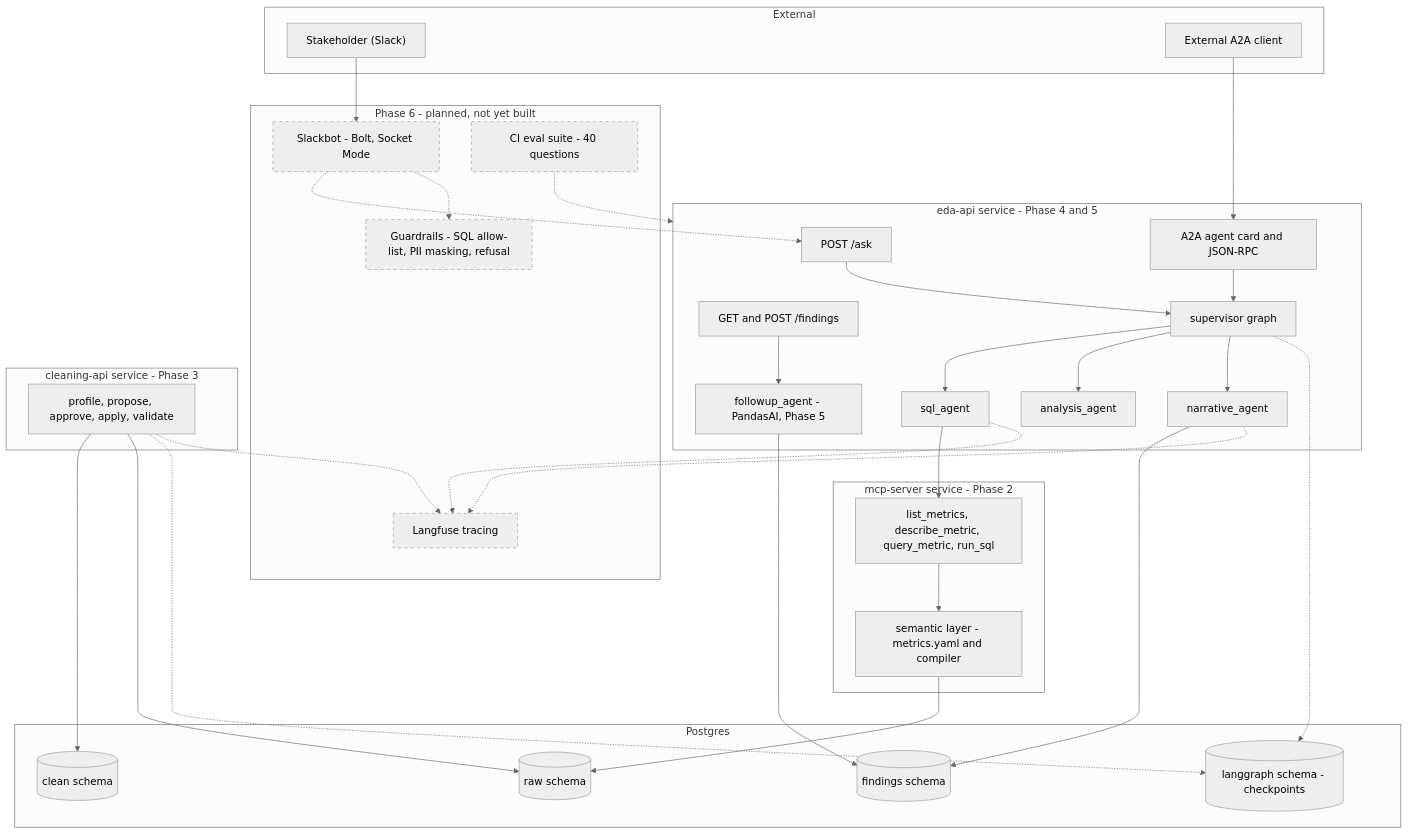
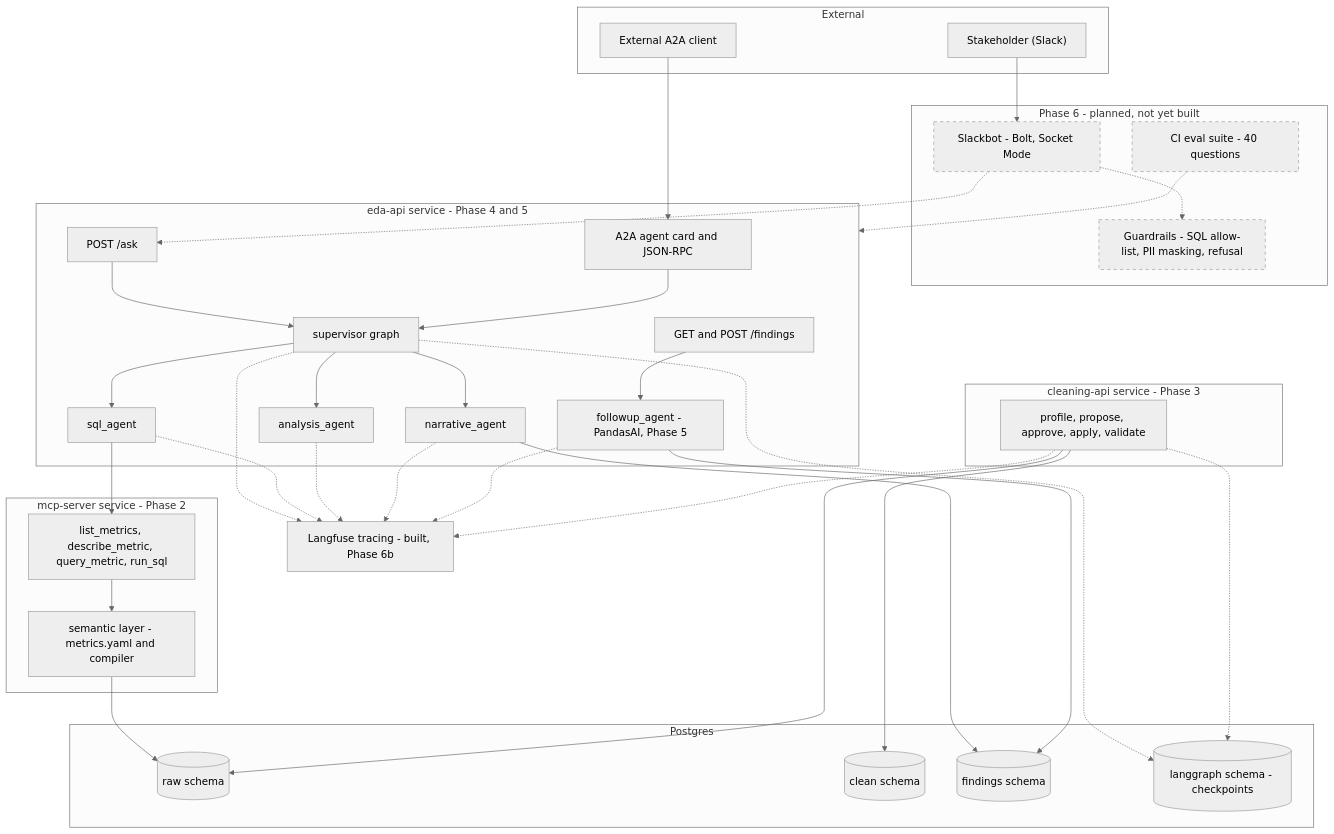
The diagram in docs/architecture.md (DrUkachi/talk-to-your-data), drawn with Mermaid (neutral theme) before and after one commit. The commit also changed other lines of this file and 16 other files, not shown here.

````diff
--- a/docs/architecture.md
+++ b/docs/architecture.md
@@ -14,68 +14,72 @@
 ```mermaid
 flowchart TB
     subgraph External
         User["Stakeholder (Slack)"]
         A2AClient["External A2A client"]
     end
 
     subgraph Phase6["Phase 6 - planned, not yet built"]
         Slackbot["Slackbot - Bolt, Socket Mode"]
-        Langfuse["Langfuse tracing"]
         CIEval["CI eval suite - 40 questions"]
         Guardrails["Guardrails - SQL allow-list, PII masking, refusal"]
     end
+
+    Langfuse["Langfuse tracing - built, Phase 6b"]
 
     subgraph EdaApi["eda-api service - Phase 4 and 5"]
         Ask["POST /ask"]
         A2ARoutes["A2A agent card and JSON-RPC"]
         FindingsRoutes["GET and POST /findings"]
         Supervisor["supervisor graph"]
         SqlAgent["sql_agent"]
         AnalysisAgent["analysis_agent"]
         NarrativeAgent["narrative_agent"]
         FollowupAgent["followup_agent - PandasAI, Phase 5"]
     end
 
     subgraph CleaningApi["cleaning-api service - Phase 3"]
         CleaningGraph["profile, propose, approve, apply, validate"]
     end
 
     subgraph Mcp["mcp-server service - Phase 2"]
         SemanticLayer["semantic layer - metrics.yaml and compiler"]
         McpTools["list_metrics, describe_metric, query_metric, run_sql"]
     end
 
     subgraph Postgres
         Raw[("raw schema")]
         Clean[("clean schema")]
         Findings[("findings schema")]
         LangGraphSchema[("langgraph schema - checkpoints")]
     end
 
     User --> Slackbot
     Slackbot -.-> Ask
     A2AClient --> A2ARoutes
     Ask --> Supervisor
     A2ARoutes --> Supervisor
     Supervisor --> SqlAgent
     Supervisor --> AnalysisAgent
     Supervisor --> NarrativeAgent
     SqlAgent --> McpTools
     NarrativeAgent --> Findings
     FindingsRoutes --> FollowupAgent
     FollowupAgent --> Findings
     McpTools --> SemanticLayer
     SemanticLayer --> Raw
     CleaningGraph --> Clean
     CleaningGraph --> Raw
     Supervisor -.-> LangGraphSchema
     CleaningGraph -.-> LangGraphSchema
+    Supervisor -.-> Langfuse
     SqlAgent -.-> Langfuse
+    AnalysisAgent -.-> Langfuse
     NarrativeAgent -.-> Langfuse
+    FollowupAgent -.-> Langfuse
     CleaningGraph -.-> Langfuse
     CIEval -.-> EdaApi
     Slackbot -.-> Guardrails
 
     classDef planned stroke-dasharray: 5 5
-    class Slackbot,Langfuse,CIEval,Guardrails planned
+    class Slackbot,CIEval,Guardrails planned
 ```
````
